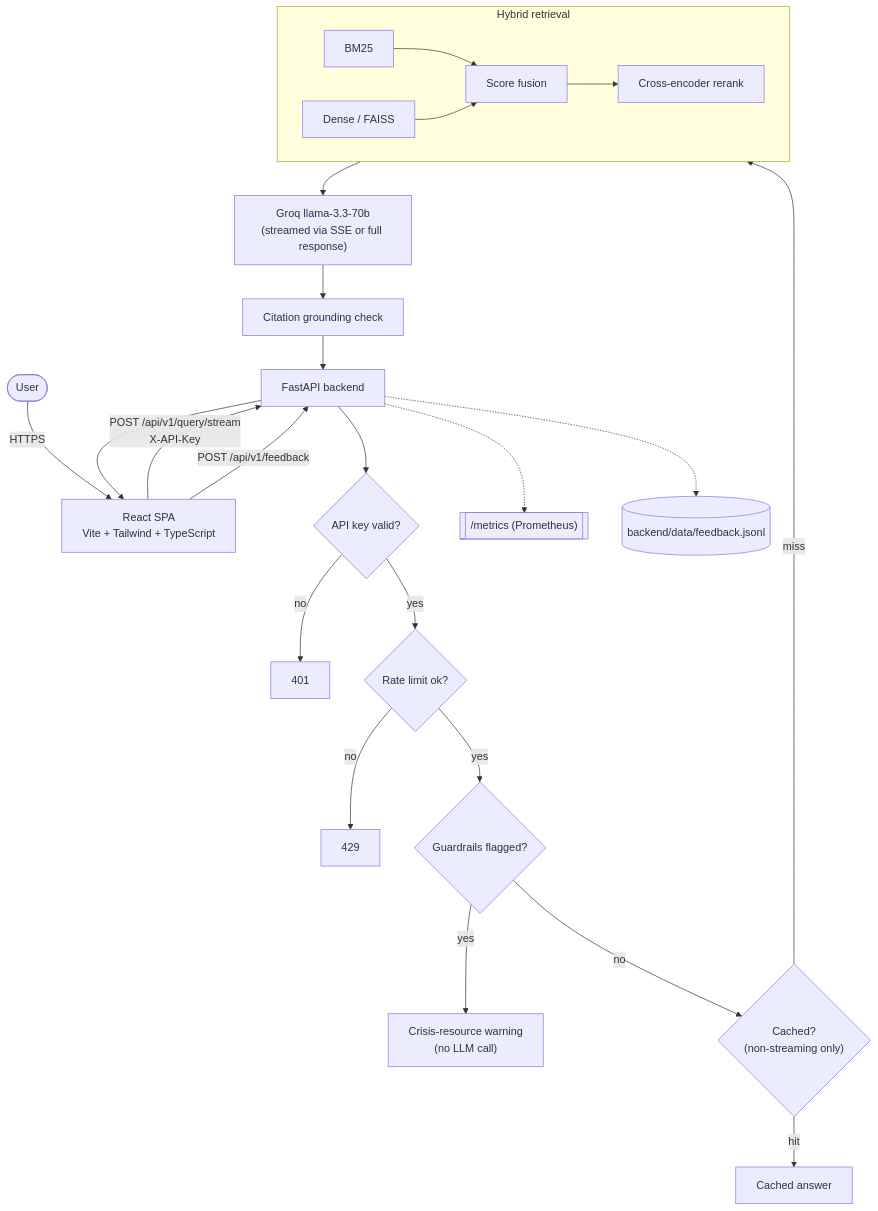
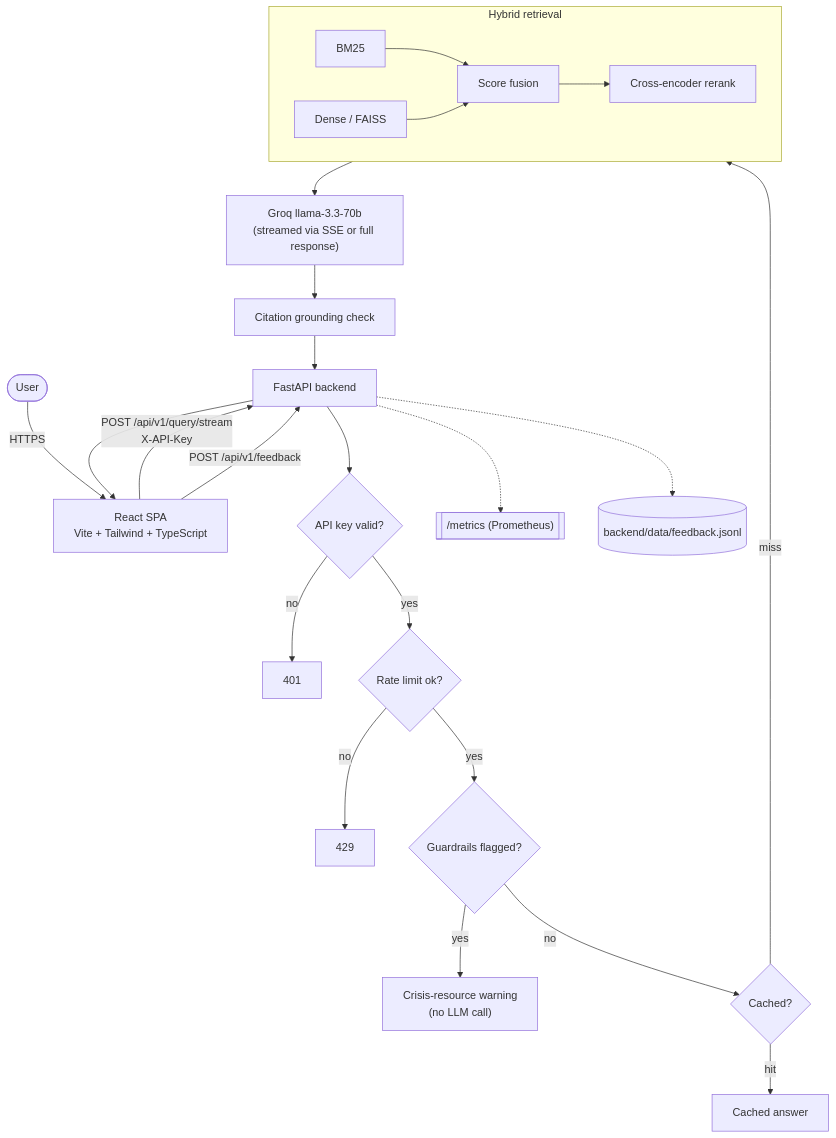
Before and after one commit to nishmethuku/healthlens: the diagram in README.md, drawn with Mermaid. The commit also changed other lines of this file and 10 other files, not shown here.

````diff
--- a/README.md
+++ b/README.md
@@ -42,31 +43,31 @@
 ```mermaid
 flowchart TD
     User([User]) -->|HTTPS| FE["React SPA<br/>Vite + Tailwind + TypeScript"]
     FE -->|"POST /api/v1/query/stream<br/>X-API-Key"| API[FastAPI backend]
     FE -->|POST /api/v1/feedback| API
 
     API --> Auth{"API key valid?"}
     Auth -->|no| R401["401"]
     Auth -->|yes| RL{"Rate limit ok?"}
     RL -->|no| R429["429"]
     RL -->|yes| GR{"Guardrails flagged?"}
     GR -->|yes| Warn["Crisis-resource warning<br/>(no LLM call)"]
-    GR -->|no| Cache{"Cached?<br/>(non-streaming only)"}
+    GR -->|no| Cache{"Cached?"}
     Cache -->|hit| CachedResp["Cached answer"]
     Cache -->|miss| Retrieval
 
     subgraph Retrieval["Hybrid retrieval"]
         direction LR
         BM25["BM25"] --> Fusion["Score fusion"]
         Dense["Dense / FAISS"] --> Fusion
         Fusion --> Rerank["Cross-encoder rerank"]
     end
 
     Rerank --> LLM["Groq llama-3.3-70b<br/>(streamed via SSE or full response)"]
     LLM --> Check["Citation grounding check"]
     Check --> API
     API --> FE
 
     API -.-> Metrics[["/metrics (Prometheus)"]]
     API -.-> FeedbackLog[("backend/data/feedback.jsonl")]
 ```
````
